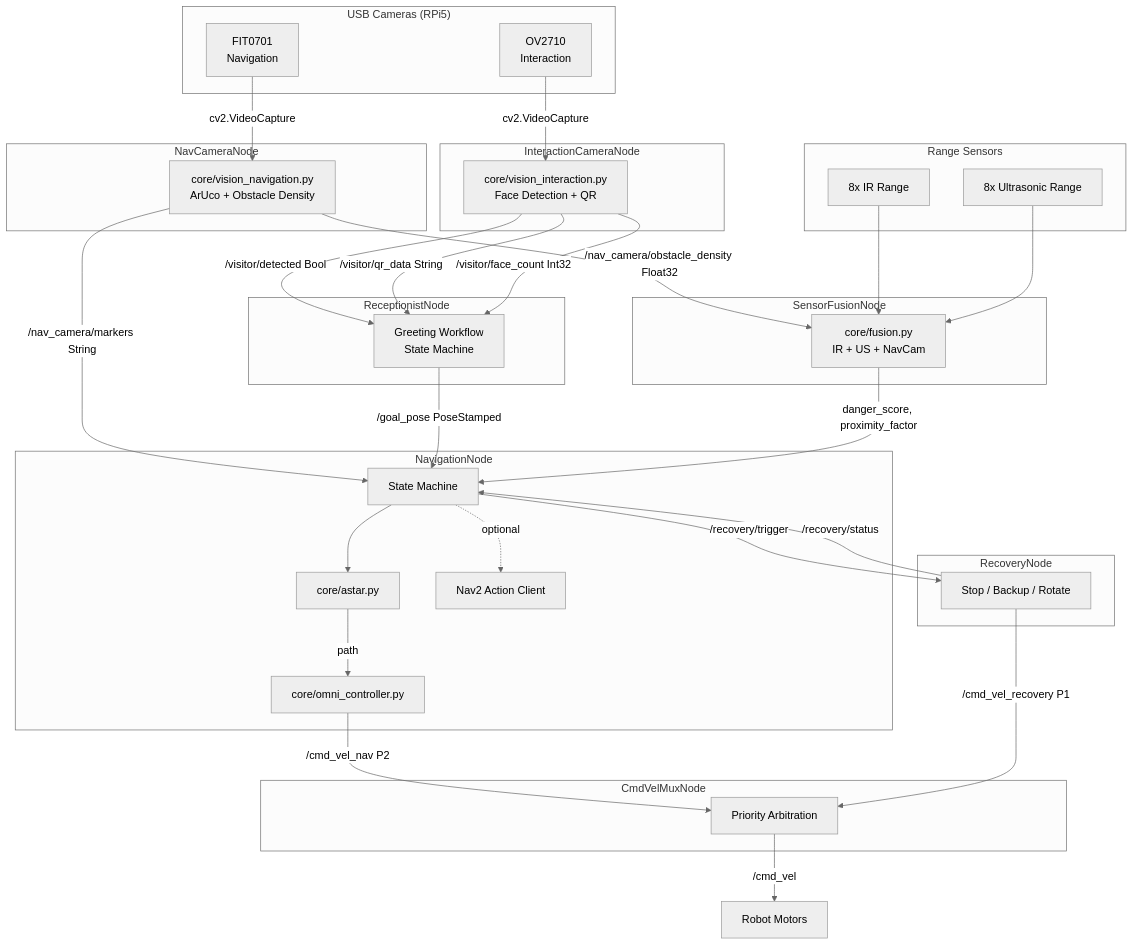
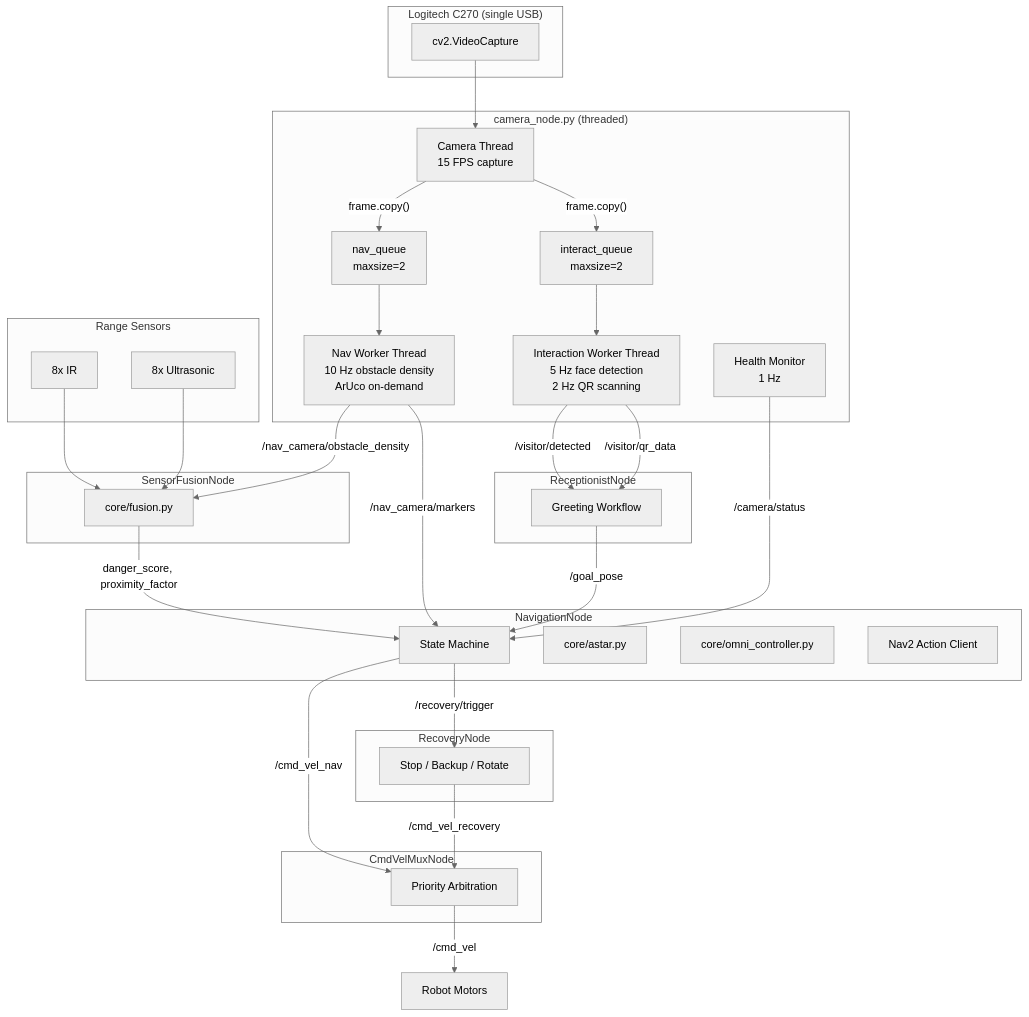
The diagram in readme.md (iamkavin1674/Welcoming-Robot), drawn with Mermaid (neutral theme) before and after one commit. The commit also changed other lines of this file and 5 other files, not shown here.

First line of the commit message:
feat: migrate dual USB cameras to single Logitech C270 with threaded architecture

````diff
--- a/readme.md
+++ b/readme.md
@@ -44,68 +41,67 @@
 ```mermaid
 graph TB
-    subgraph USB_Cameras["USB Cameras (RPi5)"]
-        OV["OV2710<br/>Interaction"]
-        FIT["FIT0701<br/>Navigation"]
+    subgraph LogitechC270["Logitech C270 (single USB)"]
+        CAM["cv2.VideoCapture"]
     end
 
-    subgraph InteractionCameraNode
-        IV["core/vision_interaction.py<br/>Face Detection + QR"]
-    end
-
-    subgraph NavCameraNode
-        NV["core/vision_navigation.py<br/>ArUco + Obstacle Density"]
+    subgraph CameraNode["camera_node.py (threaded)"]
+        CT["Camera Thread<br/>15 FPS capture"]
+        NQ["nav_queue<br/>maxsize=2"]
+        IQ["interact_queue<br/>maxsize=2"]
+        NW["Nav Worker Thread<br/>10 Hz obstacle density<br/>ArUco on-demand"]
+        IW["Interaction Worker Thread<br/>5 Hz face detection<br/>2 Hz QR scanning"]
+        HM["Health Monitor<br/>1 Hz"]
     end
 
     subgraph ReceptionistNode
-        RX["Greeting Workflow<br/>State Machine"]
+        RX["Greeting Workflow"]
     end
 
     subgraph RangeSensors["Range Sensors"]
-        IR["8x IR Range"]
-        US["8x Ultrasonic Range"]
+        IR["8x IR"]
+        US["8x Ultrasonic"]
     end
 
     subgraph SensorFusionNode
-        SF["core/fusion.py<br/>IR + US + NavCam"]
+        SF["core/fusion.py"]
     end
 
     subgraph NavigationNode
         SM["State Machine"]
         AS["core/astar.py"]
         OC["core/omni_controller.py"]
         N2["Nav2 Action Client"]
     end
 
     subgraph CmdVelMuxNode
         MUX["Priority Arbitration"]
     end
 
     subgraph RecoveryNode
         REC["Stop / Backup / Rotate"]
     end
 
-    OV -->|cv2.VideoCapture| IV
-    FIT -->|cv2.VideoCapture| NV
+    CAM --> CT
+    CT -->|"frame.copy()"| NQ
+    CT -->|"frame.copy()"| IQ
+    NQ --> NW
+    IQ --> IW
 
-    IV -->|/visitor/detected Bool| RX
-    IV -->|/visitor/qr_data String| RX
-    IV -->|/visitor/face_count Int32| RX
+    NW -->|/nav_camera/obstacle_density| SF
+    NW -->|/nav_camera/markers| SM
 
-    NV -->|/nav_camera/obstacle_density Float32| SF
-    NV -->|/nav_camera/markers String| SM
+    IW -->|/visitor/detected| RX
+    IW -->|/visitor/qr_data| RX
 
-    RX -->|/goal_pose PoseStamped| SM
+    HM -->|/camera/status| SM
 
     IR --> SF
     US --> SF
     SF -->|danger_score, proximity_factor| SM
 
-    SM --> AS
-    AS -->|path| OC
-    OC -->|/cmd_vel_nav P2| MUX
+    RX -->|/goal_pose| SM
+    SM -->|/cmd_vel_nav| MUX
+    MUX -->|/cmd_vel| Motors["Robot Motors"]
     SM -->|/recovery/trigger| REC
-    REC -->|/cmd_vel_recovery P1| MUX
-    MUX -->|/cmd_vel| Motors["Robot Motors"]
-    REC -->|/recovery/status| SM
-    SM -.->|optional| N2
+    REC -->|/cmd_vel_recovery| MUX
 ```
````
